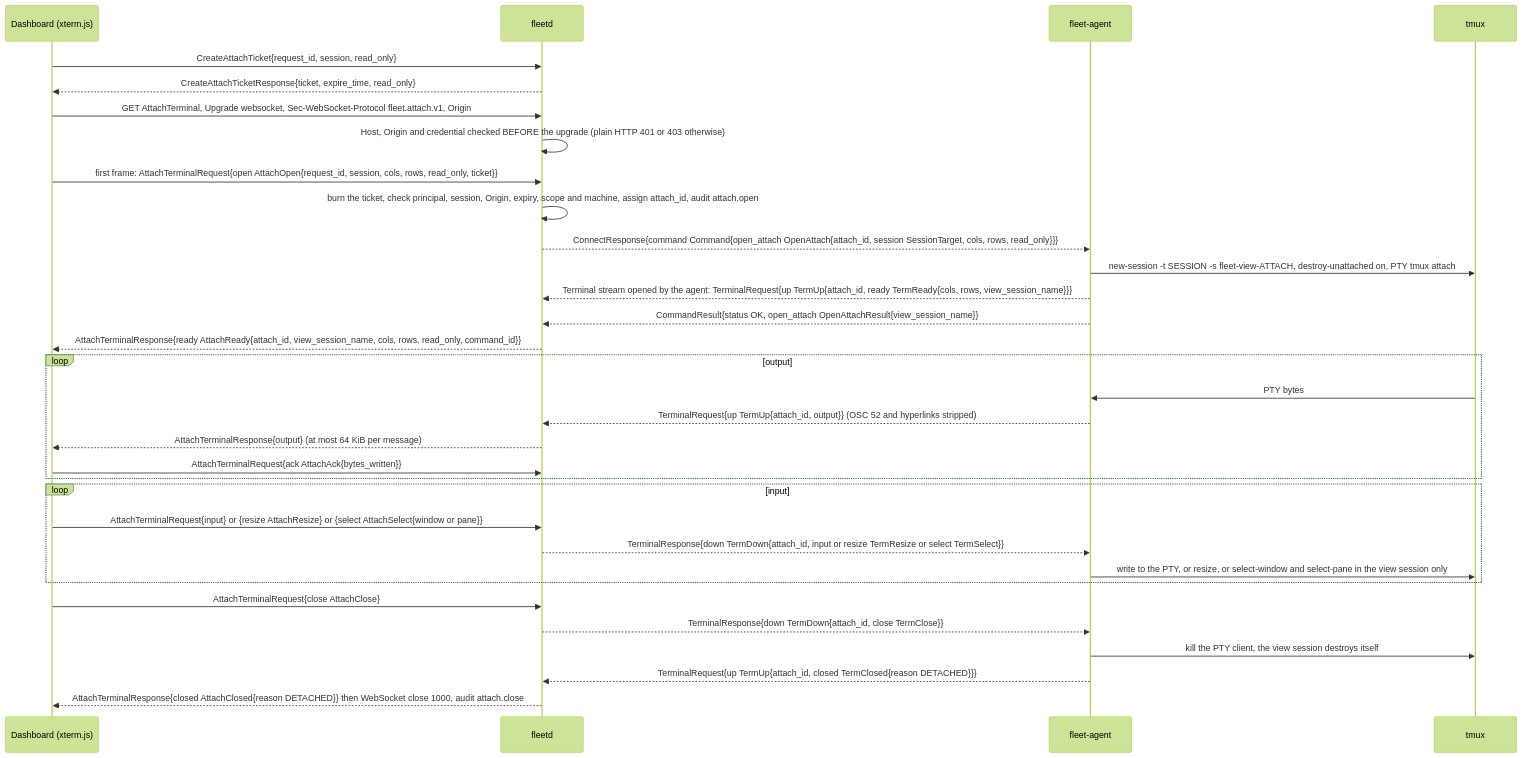
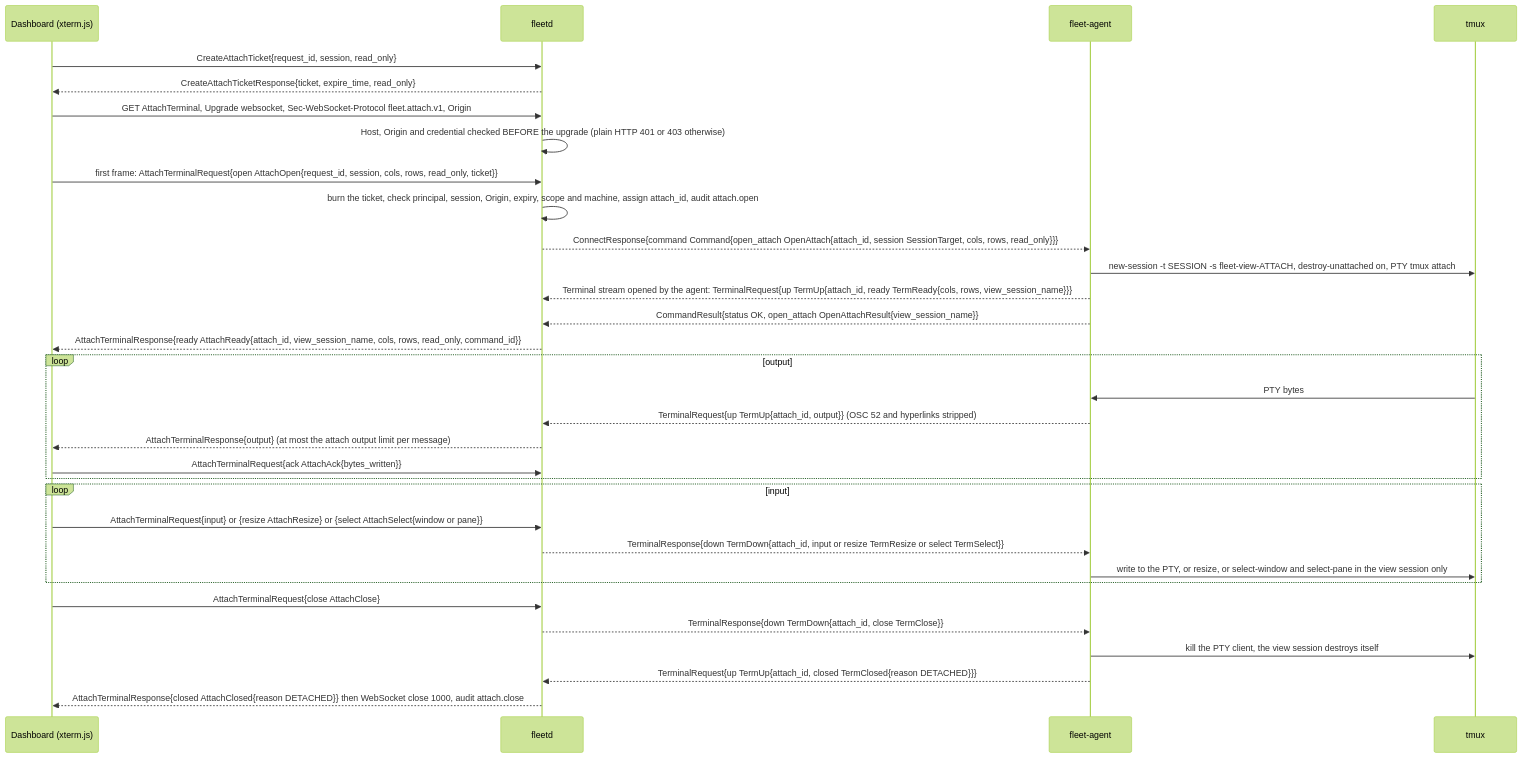
The fourth of 4 diagrams in docs/specs/02f-hub-authentication.md (linuxdynasty/fleet-board), drawn with Mermaid (forest theme) before and after one commit. The commit also changed other lines of this file and 17 other files, not shown here.

First line of the commit message:
docs(specs): move the five flow diagrams that no spec had, defaults rows for the rest, 01c citations to verified-facts

````diff
--- a/docs/specs/02f-hub-authentication.md
+++ b/docs/specs/02f-hub-authentication.md
@@ -357,34 +357,34 @@
 ```mermaid
 sequenceDiagram
   participant D as Dashboard (xterm.js)
   participant H as fleetd
   participant A as fleet-agent
   participant T as tmux
   D->>H: CreateAttachTicket{request_id, session, read_only}
   H-->>D: CreateAttachTicketResponse{ticket, expire_time, read_only}
   D->>H: GET AttachTerminal, Upgrade websocket, Sec-WebSocket-Protocol fleet.attach.v1, Origin
   H->>H: Host, Origin and credential checked BEFORE the upgrade (plain HTTP 401 or 403 otherwise)
   D->>H: first frame: AttachTerminalRequest{open AttachOpen{request_id, session, cols, rows, read_only, ticket}}
   H->>H: burn the ticket, check principal, session, Origin, expiry, scope and machine, assign attach_id, audit attach.open
   H-->>A: ConnectResponse{command Command{open_attach OpenAttach{attach_id, session SessionTarget, cols, rows, read_only}}}
   A->>T: new-session -t SESSION -s fleet-view-ATTACH, destroy-unattached on, PTY tmux attach
   A-->>H: Terminal stream opened by the agent: TerminalRequest{up TermUp{attach_id, ready TermReady{cols, rows, view_session_name}}}
   A-->>H: CommandResult{status OK, open_attach OpenAttachResult{view_session_name}}
   H-->>D: AttachTerminalResponse{ready AttachReady{attach_id, view_session_name, cols, rows, read_only, command_id}}
   loop output
     T->>A: PTY bytes
     A-->>H: TerminalRequest{up TermUp{attach_id, output}} (OSC 52 and hyperlinks stripped)
-    H-->>D: AttachTerminalResponse{output} (at most 64 KiB per message)
+    H-->>D: AttachTerminalResponse{output} (at most the attach output limit per message)
     D->>H: AttachTerminalRequest{ack AttachAck{bytes_written}}
   end
   loop input
     D->>H: AttachTerminalRequest{input} or {resize AttachResize} or {select AttachSelect{window or pane}}
     H-->>A: TerminalResponse{down TermDown{attach_id, input or resize TermResize or select TermSelect}}
     A->>T: write to the PTY, or resize, or select-window and select-pane in the view session only
   end
   D->>H: AttachTerminalRequest{close AttachClose}
   H-->>A: TerminalResponse{down TermDown{attach_id, close TermClose}}
   A->>T: kill the PTY client, the view session destroys itself
   A-->>H: TerminalRequest{up TermUp{attach_id, closed TermClosed{reason DETACHED}}}
   H-->>D: AttachTerminalResponse{closed AttachClosed{reason DETACHED}} then WebSocket close 1000, audit attach.close
 ```
````
